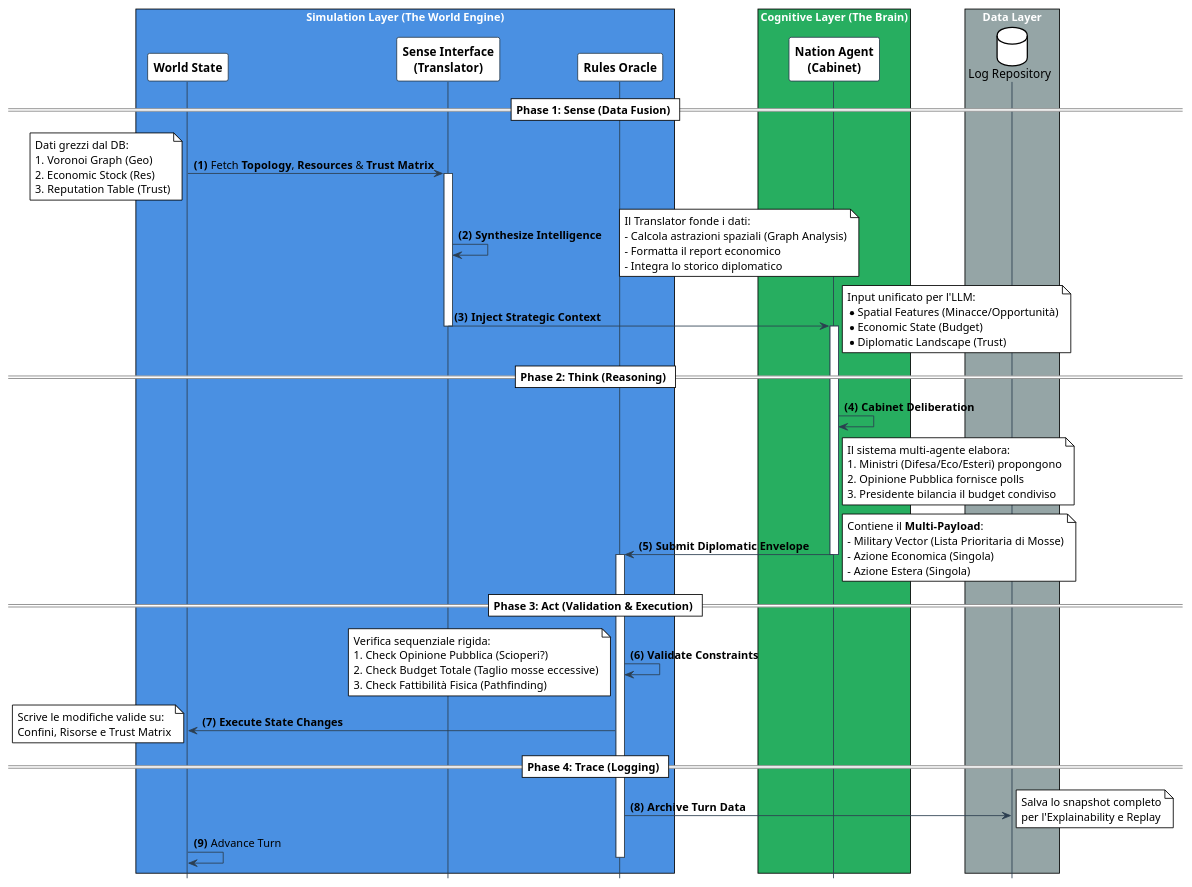
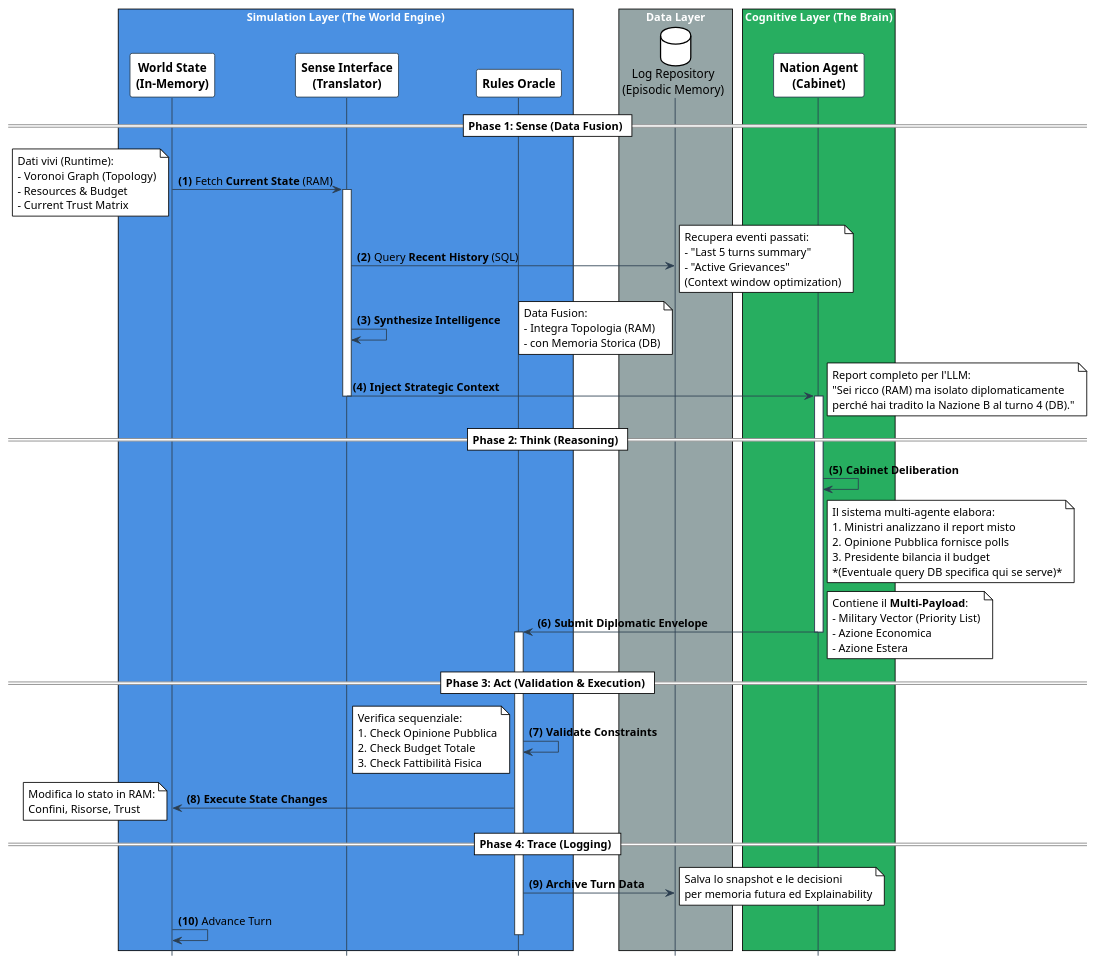
Before and after one commit to SugarStoneMaster/GeoMAS: the diagram in diagrams/sequence.puml, drawn with PlantUML.

Commit message:
Small fixes sequence

```diff
--- a/diagrams/sequence.puml
+++ b/diagrams/sequence.puml
@@ -1,114 +1,121 @@
 @startuml
 !theme plain
 hide footbox
 autonumber "<b>(0)</b>"
 
-' --- STILE VISIVO (Preservato dal tuo esempio) ---
+' --- STILE VISIVO ---
 skinparam sequence {
     ArrowColor #2C3E50
     LifeLineBorderColor #2C3E50
     LifeLineBackgroundColor White
-
     ParticipantBorderColor #2C3E50
     ParticipantBackgroundColor White
     ParticipantFontName Helvetica
     ParticipantFontSize 14
     ParticipantFontStyle bold
-
     BoxFontSize 16
     BoxFontColor White
 }
 
 ' --- ATTORI ---
 
 box "Simulation Layer (The World Engine)" #4A90E2
-    participant "World State" as World
+    participant "World State\n(In-Memory)" as World
     participant "Sense Interface\n(Translator)" as Sense
     participant "Rules Oracle" as Oracle
+end box
+
+box "Data Layer" #95A5A6
+    database "Log Repository\n(Episodic Memory)" as DB
 end box
 
 box "Cognitive Layer (The Brain)" #27AE60
     participant "Nation Agent\n(Cabinet)" as Agent
 end box
 
-box "Data Layer" #95A5A6
-    database "Log Repository" as DB
-end box
 
 ' --- INIZIO FLUSSO ---
 
 == Phase 1: Sense (Data Fusion) ==
 
-' 1. Qui specifichiamo che arrivano TUTTI i dati grezzi
-World -> Sense : Fetch **Topology**, **Resources** & **Trust Matrix**
+' 1. DATI REAL-TIME (Dalla RAM)
+World -> Sense : Fetch **Current State** (RAM)
 note left
-  Dati grezzi dal DB:
-  1. Voronoi Graph (Geo)
-  2. Economic Stock (Res)
-  3. Reputation Table (Trust)
+  Dati vivi (Runtime):
+  - Voronoi Graph (Topology)
+  - Resources & Budget
+  - Current Trust Matrix
 end note
 
 activate Sense
 
-' 2. Qui mostriamo la fusione logica
+' 2. DATI STORICI (Dal DB) - NUOVO!
+Sense -> DB : Query **Recent History** (SQL)
+note right
+  Recupera eventi passati:
+  - "Last 5 turns summary"
+  - "Active Grievances"
+  (Context window optimization)
+end note
+
+' 3. FUSIONE
 Sense -> Sense : **Synthesize Intelligence**
 note right
-  Il Translator fonde i dati:
-  - Calcola astrazioni spaziali (Graph Analysis)
-  - Formatta il report economico
-  - Integra lo storico diplomatico
+  Data Fusion:
+  - Integra Topologia (RAM)
+  - con Memoria Storica (DB)
 end note
 
-' 3. Qui l'output è il Context completo
+' 4. INPUT FINALE
 Sense -> Agent : <b>Inject Strategic Context</b>
 note right
-  Input unificato per l'LLM:
-  * Spatial Features (Minacce/Opportunità)
-  * Economic State (Budget)
-  * Diplomatic Landscape (Trust)
+  Report completo per l'LLM:
+  "Sei ricco (RAM) ma isolato diplomaticamente
+  perché hai tradito la Nazione B al turno 4 (DB)."
 end note
 deactivate Sense
 
 == Phase 2: Think (Reasoning) ==
 
 activate Agent
 Agent -> Agent : <b>Cabinet Deliberation</b>
 note right of Agent
   Il sistema multi-agente elabora:
-  1. Ministri (Difesa/Eco/Esteri) propongono
+  1. Ministri analizzano il report misto
   2. Opinione Pubblica fornisce polls
-  3. Presidente bilancia il budget condiviso
+  3. Presidente bilancia il budget
+  *(Eventuale query DB specifica qui se serve)*
 end note
 
 Agent -> Oracle : <b>Submit Diplomatic Envelope</b>
 note right
   Contiene il <b>Multi-Payload</b>:
-  - Military Vector (Lista Prioritaria di Mosse)
-  - Azione Economica (Singola)
-  - Azione Estera (Singola)
+  - Military Vector (Priority List)
+  - Azione Economica
+  - Azione Estera
 end note
 deactivate Agent
 
 == Phase 3: Act (Validation & Execution) ==
 
 activate Oracle
 Oracle -> Oracle : <b>Validate Constraints</b>
 note left
-  Verifica sequenziale rigida:
-  1. Check Opinione Pubblica (Scioperi?)
-  2. Check Budget Totale (Taglio mosse eccessive)
-  3. Check Fattibilità Fisica (Pathfinding)
+  Verifica sequenziale:
+  1. Check Opinione Pubblica
+  2. Check Budget Totale
+  3. Check Fattibilità Fisica
 end note
 
 Oracle -> World : <b>Execute State Changes</b>
-note left: Scrive le modifiche valide su:\nConfini, Risorse e Trust Matrix
+note left: Modifica lo stato in RAM:\nConfini, Risorse, Trust
 
 == Phase 4: Trace (Logging) ==
 
 Oracle -> DB : <b>Archive Turn Data</b>
-note right: Salva lo snapshot completo\nper l'Explainability e Replay
+note right: Salva lo snapshot e le decisioni\nper memoria futura ed Explainability
 
 World -> World : Advance Turn
 deactivate Oracle
 
 @enduml
```
